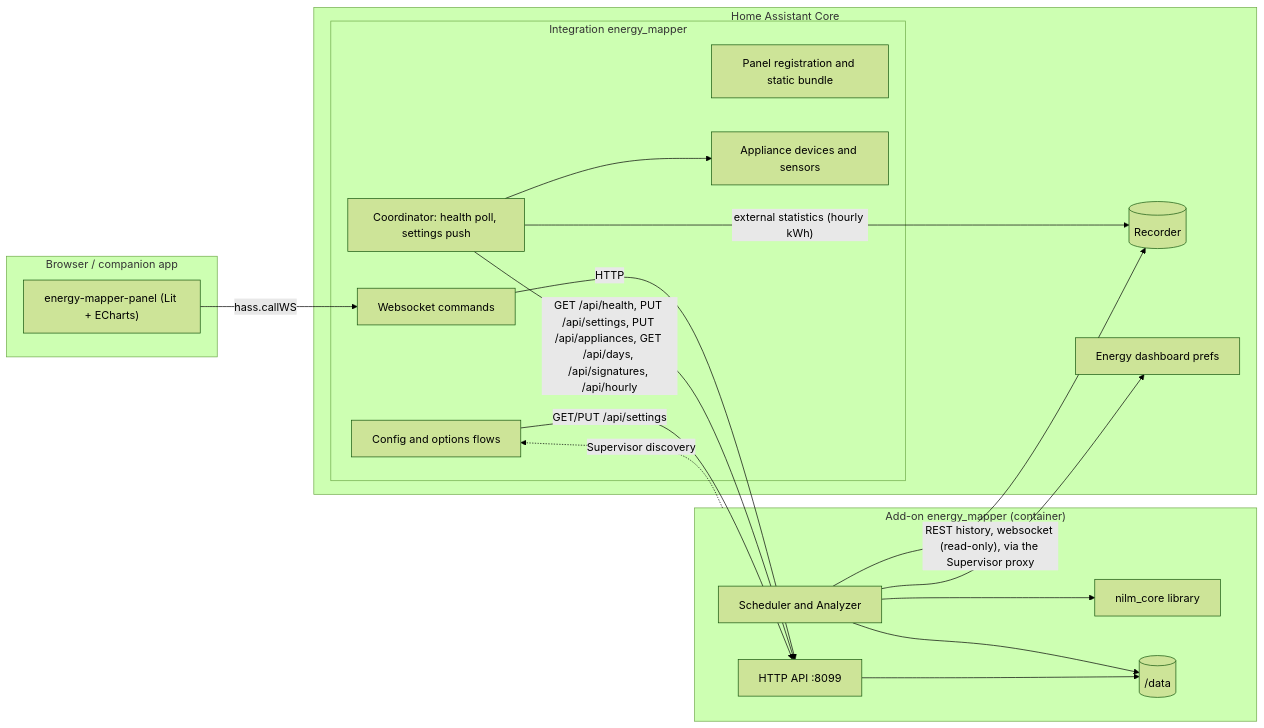
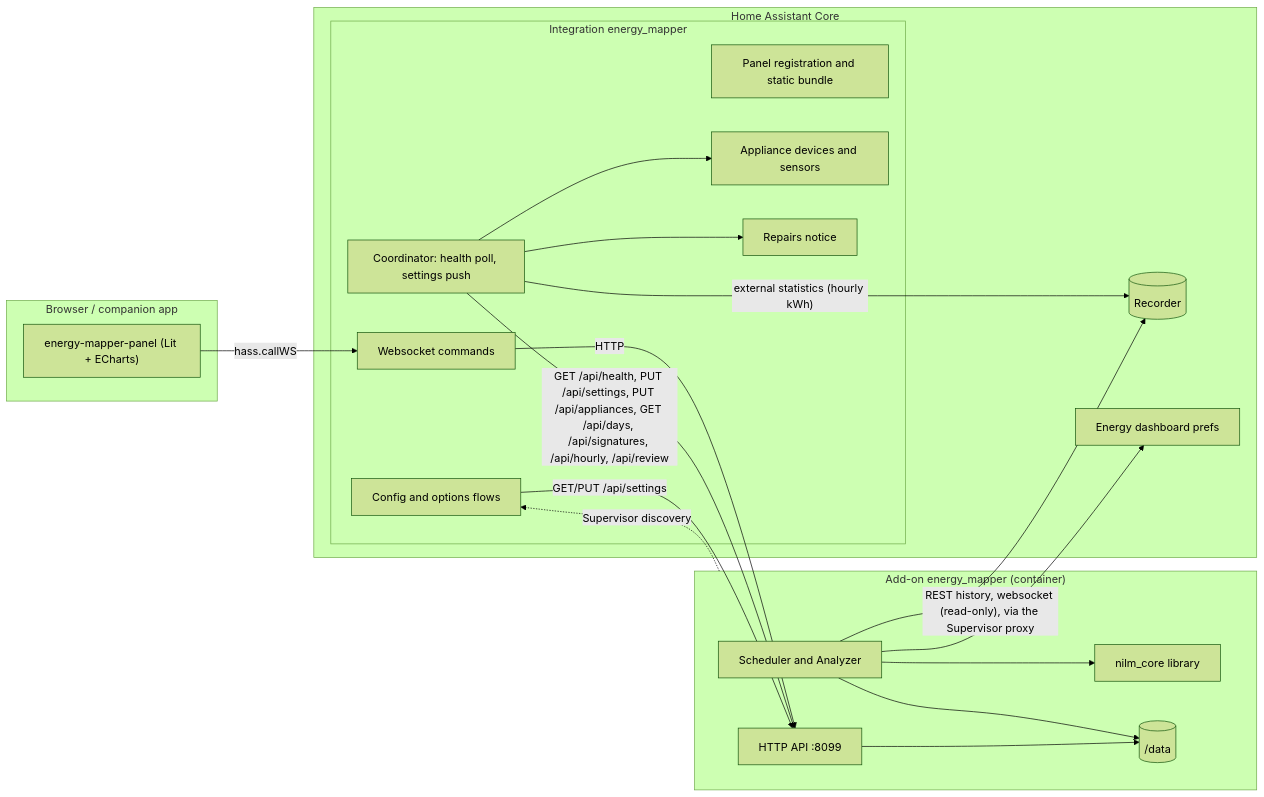
Before and after one commit to Aarklendoia/ha-energy-mapper: the first of 5 diagrams in docs/design.md, drawn with Mermaid (forest theme). The commit also changed other lines of this file and 34 other files, not shown here.

First line of the commit message:
Review signatures in the panel (validate, wait, ignore); Repairs only notify (#39)

````diff
--- a/docs/design.md
+++ b/docs/design.md
@@ -47,35 +47,37 @@
 ```mermaid
 flowchart LR
   subgraph HA["Home Assistant Core"]
     REC[(Recorder)]
     EN[Energy dashboard prefs]
     subgraph INT["Integration energy_mapper"]
       CF[Config and options flows]
       CO[Coordinator: health poll, settings push]
       WS[Websocket commands]
       PS[Panel registration and static bundle]
       SE[Appliance devices and sensors]
+      RP[Repairs notice]
     end
   end
   subgraph FE["Browser / companion app"]
     P["energy-mapper-panel (Lit + ECharts)"]
   end
   subgraph AO["Add-on energy_mapper (container)"]
     API[HTTP API :8099]
     SV[Scheduler and Analyzer]
     NC[nilm_core library]
     ST[(/data)]
   end
   P -- "hass.callWS" --> WS
   WS -- HTTP --> API
-  CO -- "GET /api/health, PUT /api/settings, PUT /api/appliances, GET /api/days, /api/signatures, /api/hourly" --> API
+  CO -- "GET /api/health, PUT /api/settings, PUT /api/appliances, GET /api/days, /api/signatures, /api/hourly, /api/review" --> API
   CO -- "external statistics (hourly kWh)" --> REC
   CO --> SE
+  CO --> RP
   CF -- "GET/PUT /api/settings" --> API
   SV -- "REST history, websocket (read-only), via the Supervisor proxy" --> REC
   SV --> EN
   SV --> NC
   SV --> ST
   API --> ST
   AO -. "Supervisor discovery" .-> CF
 ```
````
